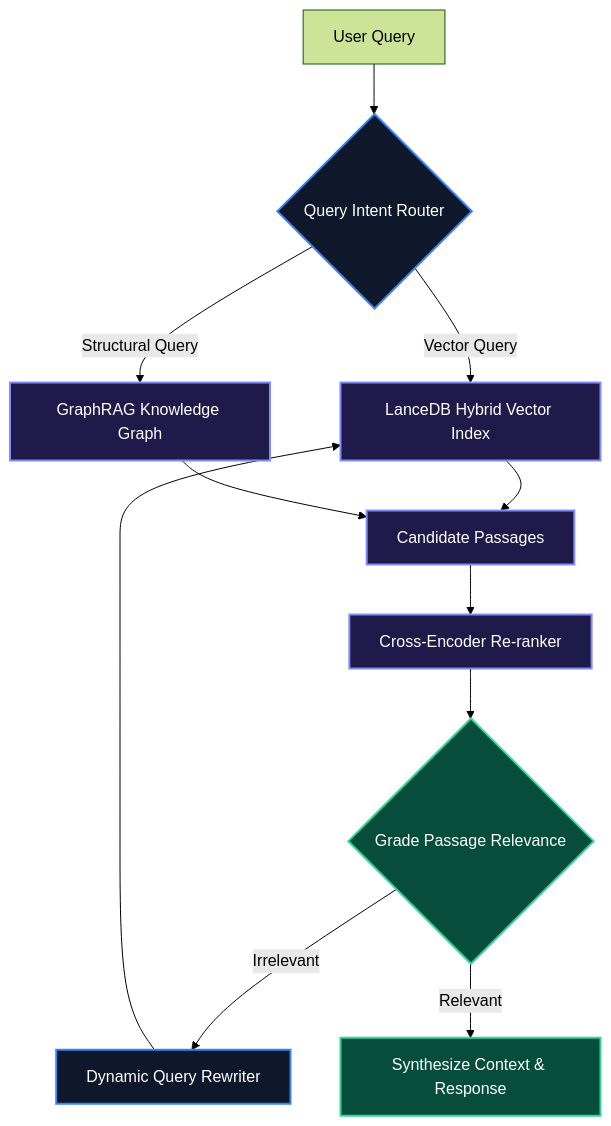
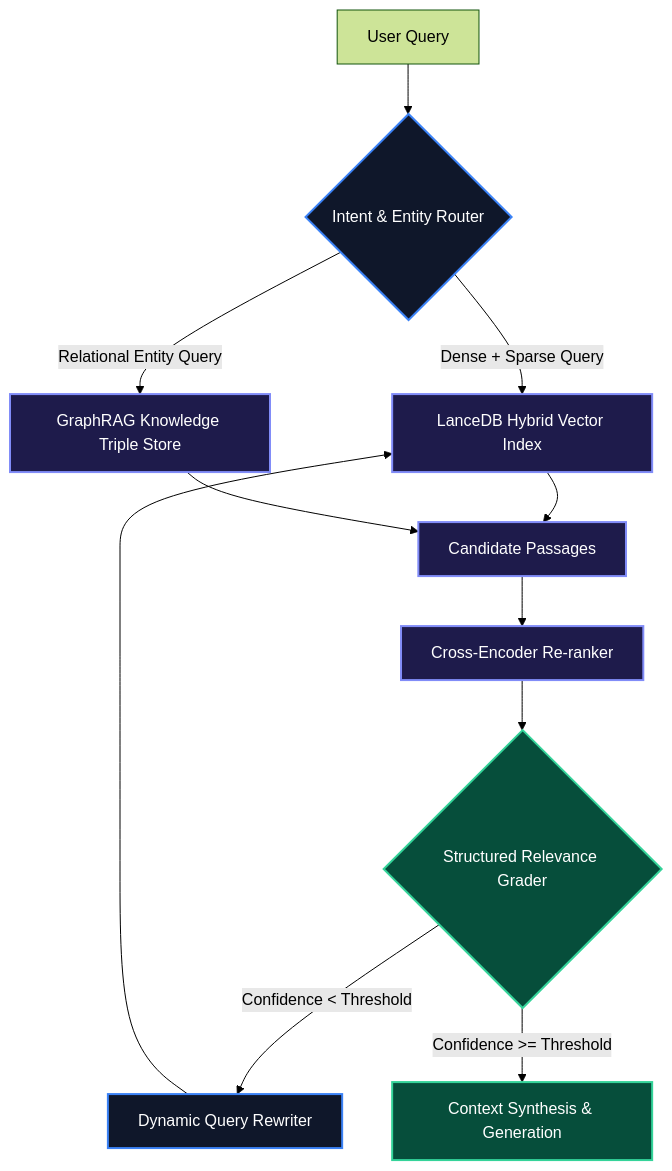
Before and after one commit to Ovanthra-Inc/sidhya-blog: the diagram in content/posts/ai-engineering-from-zero/agentic-rag-lancedb.mdx, drawn with Mermaid (forest theme). The commit also changed other lines of this file and 42 other files, not shown here.

````diff
--- a/content/posts/ai-engineering-from-zero/agentic-rag-lancedb.mdx
+++ b/content/posts/ai-engineering-from-zero/agentic-rag-lancedb.mdx
@@ -31,21 +33,21 @@
 ```mermaid
 graph TD
     classDef queryStyle fill:#0f172a,stroke:#3b82f6,stroke-width:2px,color:#fff;
     classDef searchStyle fill:#1e1b4b,stroke:#818cf8,stroke-width:2px,color:#fff;
     classDef evalStyle fill:#064e3b,stroke:#34d399,stroke-width:2px,color:#fff;
 
-    Query[User Query] --> Router{Query Intent Router}:::queryStyle
-    Router -- Vector Query --> LanceDB[LanceDB Hybrid Vector Index]:::searchStyle
-    Router -- Structural Query --> KnowledgeGraph[GraphRAG Knowledge Graph]:::searchStyle
+    Query[User Query] --> Router{Intent & Entity Router}:::queryStyle
+    Router -- Dense + Sparse Query --> LanceDB[LanceDB Hybrid Vector Index]:::searchStyle
+    Router -- Relational Entity Query --> KnowledgeGraph[GraphRAG Knowledge Triple Store]:::searchStyle
     
     LanceDB --> Candidates[Candidate Passages]:::searchStyle
     KnowledgeGraph --> Candidates
     
     Candidates --> ReRanker[Cross-Encoder Re-ranker]:::searchStyle
-    ReRanker --> Evaluator{Grade Passage Relevance}:::evalStyle
+    ReRanker --> Evaluator{Structured Relevance Grader}:::evalStyle
     
-    Evaluator -- Irrelevant --> Rewriter[Dynamic Query Rewriter]:::queryStyle
+    Evaluator -- Confidence < Threshold --> Rewriter[Dynamic Query Rewriter]:::queryStyle
     Rewriter --> LanceDB
     
-    Evaluator -- Relevant --> PromptContext[Synthesize Context & Response]:::evalStyle
+    Evaluator -- Confidence >= Threshold --> Synthesis[Context Synthesis & Generation]:::evalStyle
 ```
````
